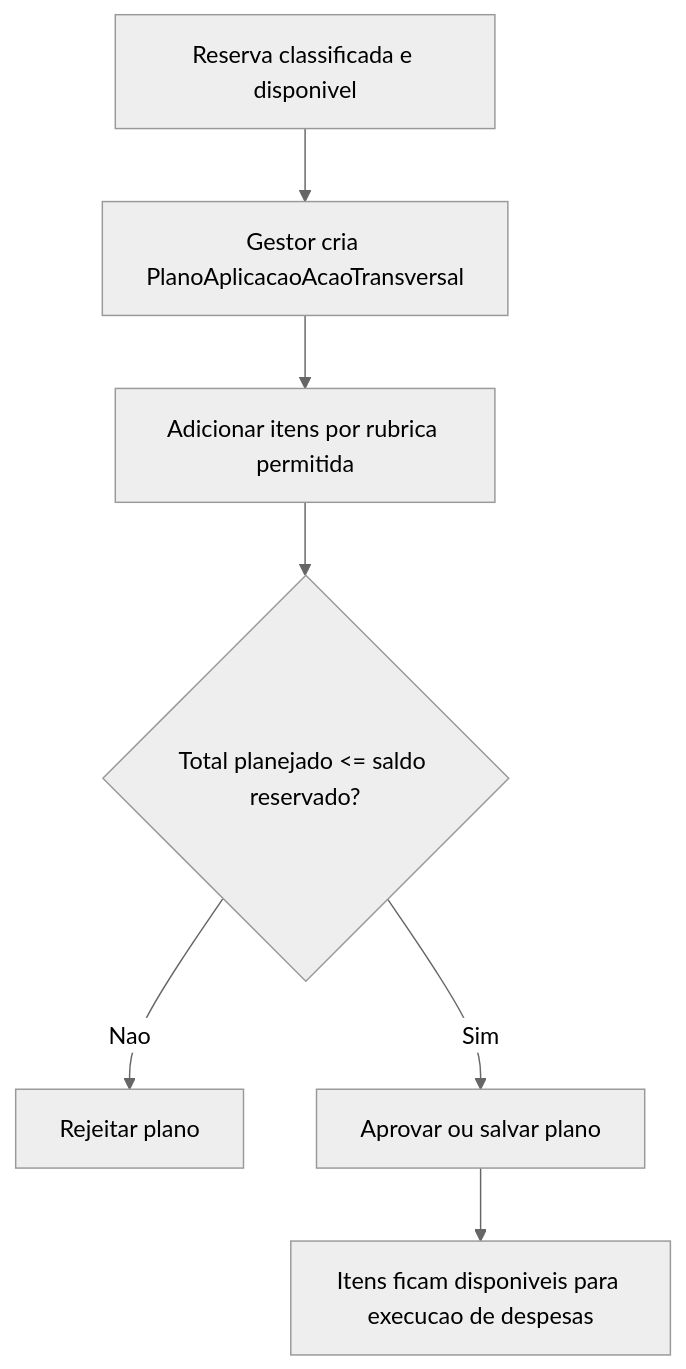
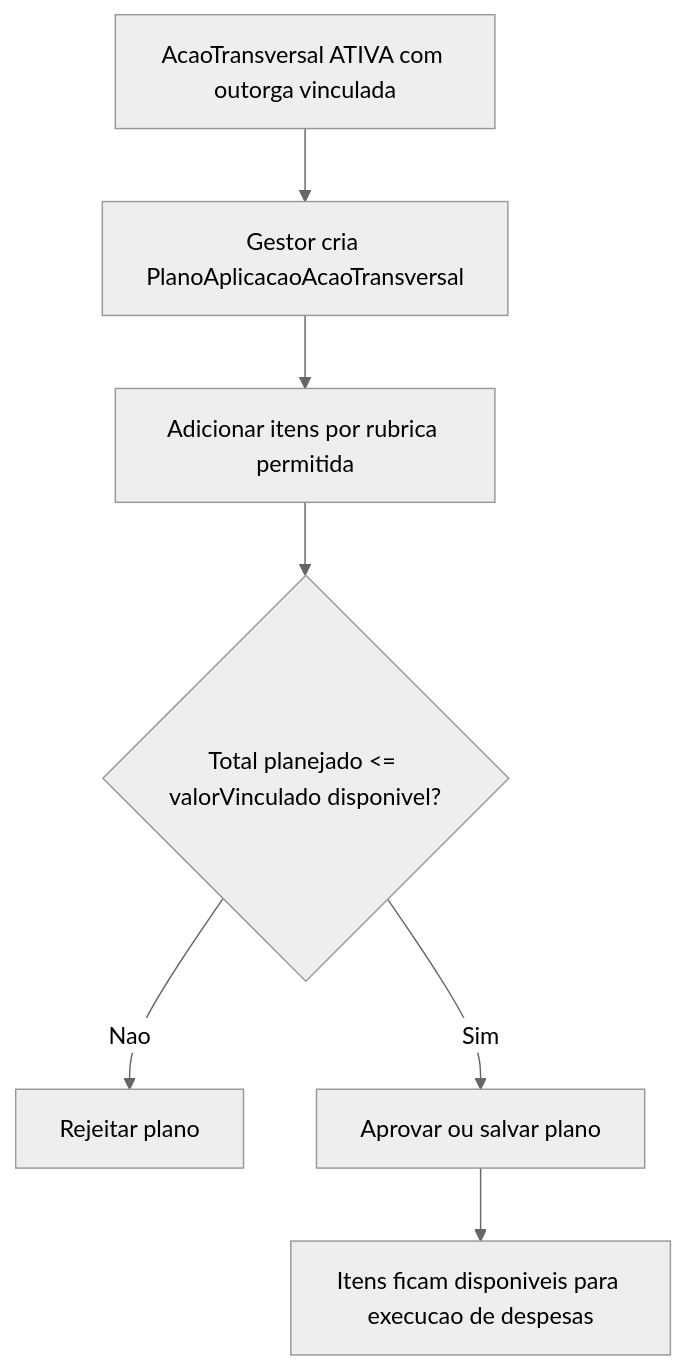
Before and after one commit to Czzped/conecta-fapes-teste: the second of 4 diagrams in docs/implementation/modules/M016-contabilidade-financeiro/acao-transversal/processo.md, drawn with Mermaid (neutral theme). The commit also changed other lines of this file and 38 other files, not shown here.

````diff
--- a/docs/implementation/modules/M016-contabilidade-financeiro/acao-transversal/processo.md
+++ b/docs/implementation/modules/M016-contabilidade-financeiro/acao-transversal/processo.md
@@ -41,9 +45,9 @@
 ```mermaid
 flowchart TD
-    A[Reserva classificada e disponivel] --> B[Gestor cria PlanoAplicacaoAcaoTransversal]
+    A[AcaoTransversal ATIVA com outorga vinculada] --> B[Gestor cria PlanoAplicacaoAcaoTransversal]
     B --> C[Adicionar itens por rubrica permitida]
-    C --> D{Total planejado <= saldo reservado?}
+    C --> D{Total planejado <= valorVinculado disponivel?}
     D -- Nao --> E[Rejeitar plano]
     D -- Sim --> F[Aprovar ou salvar plano]
     F --> G[Itens ficam disponiveis para execucao de despesas]
 ```
````
